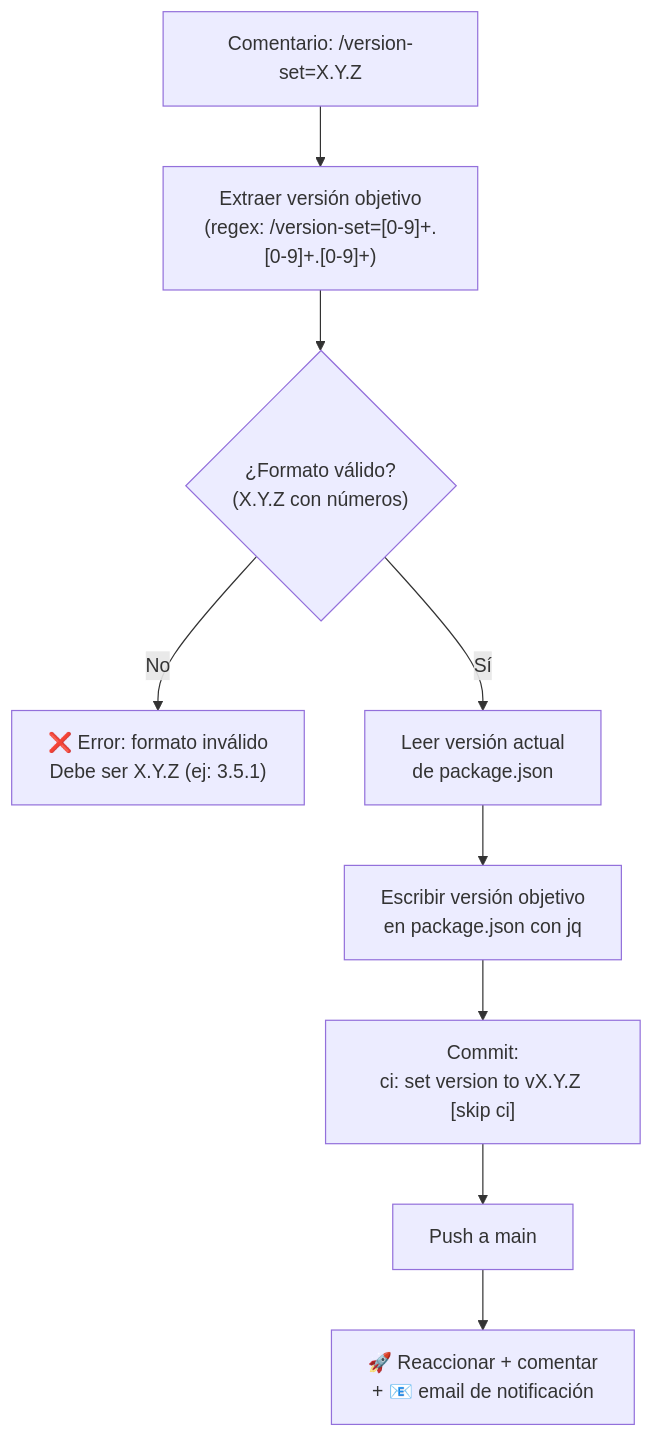
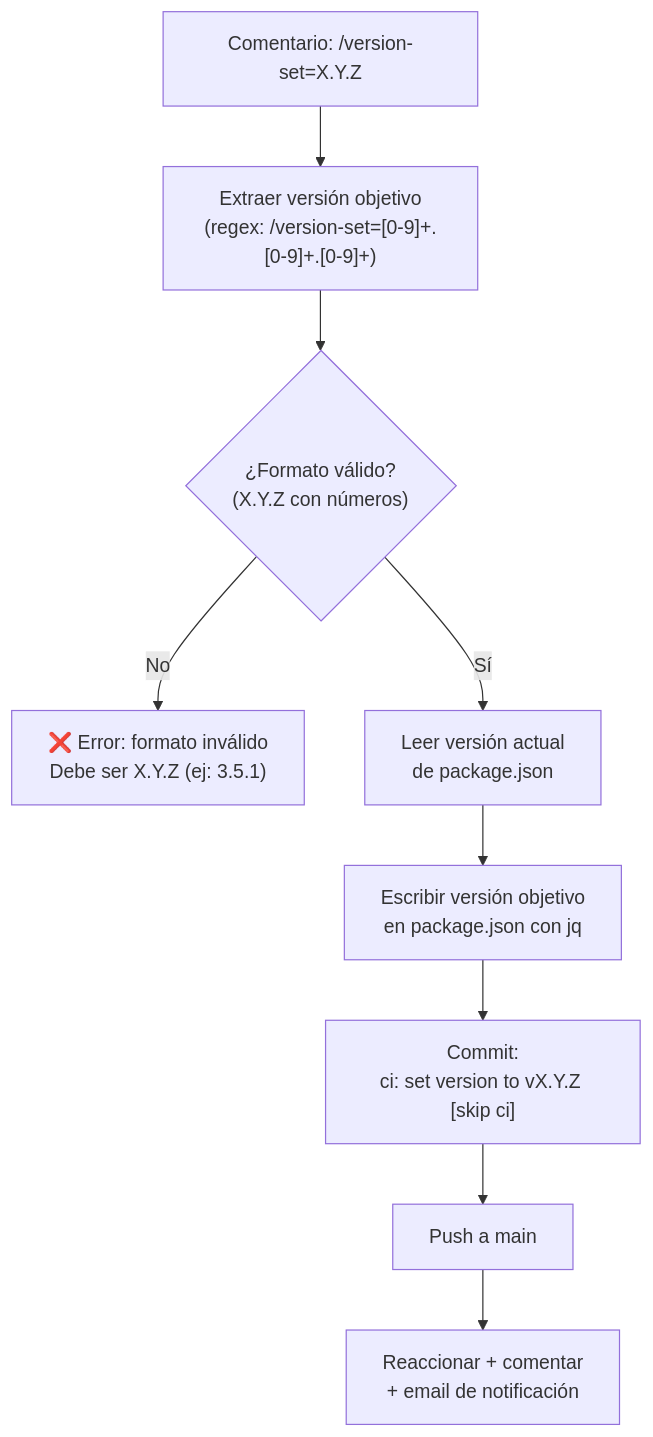
The third of 5 diagrams in Version Manager.md (didacusdev/Formacion_node_express), drawn with Mermaid before and after one commit. The commit also changed other lines of this file, not shown here.

````diff
--- a/Version Manager.md
+++ b/Version Manager.md
@@ -267,18 +267,18 @@
 ```mermaid
 flowchart TD
     A["Comentario: /version-set=X.Y.Z"] --> B["Extraer versión objetivo\n(regex: /version-set=[0-9]+.[0-9]+.[0-9]+)"]
 
     B --> C{"¿Formato válido?\n(X.Y.Z con números)"}
 
     C -- "No" --> D["❌ Error: formato inválido\nDebe ser X.Y.Z (ej: 3.5.1)"]
 
     C -- "Sí" --> E["Leer versión actual\nde package.json"]
 
     E --> F["Escribir versión objetivo\nen package.json con jq"]
 
     F --> G["Commit:\nci: set version to vX.Y.Z [skip ci]"]
 
     G --> H["Push a main"]
 
-    H --> I["🚀 Reaccionar + comentar\n+ 📧 email de notificación"]
+    H --> I["Reaccionar + comentar\n+ email de notificación"]
 ```
````
